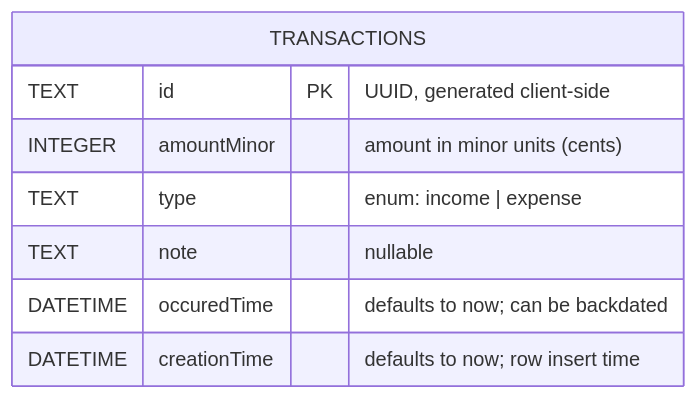
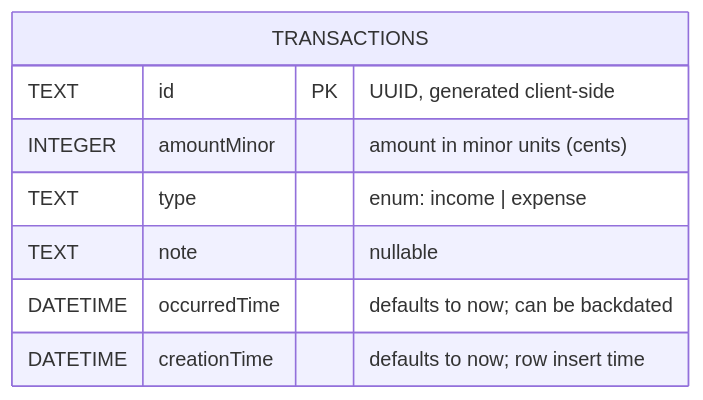
The second of 2 diagrams in README.md (Israa050/money-log), drawn with Mermaid before and after one commit. The commit also changed other lines of this file and 7 other files, not shown here.

First line of the commit message:
fix: correct occurredTime typo and pin Dart as primary language

````diff
--- a/README.md
+++ b/README.md
@@ -254,11 +254,11 @@
 ```mermaid
 erDiagram
     TRANSACTIONS {
         TEXT id PK "UUID, generated client-side"
         INTEGER amountMinor "amount in minor units (cents)"
         TEXT type "enum: income | expense"
         TEXT note "nullable"
-        DATETIME occuredTime "defaults to now; can be backdated"
+        DATETIME occurredTime "defaults to now; can be backdated"
         DATETIME creationTime "defaults to now; row insert time"
     }
 ```
````
